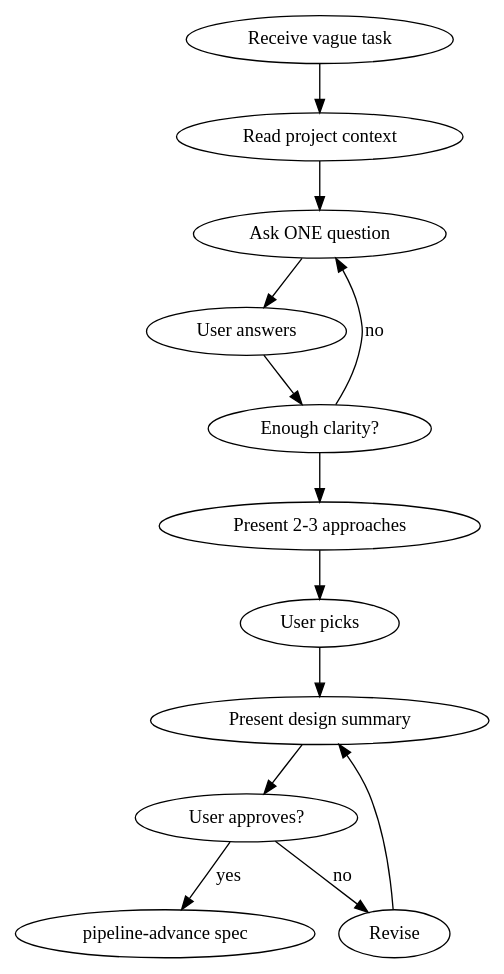
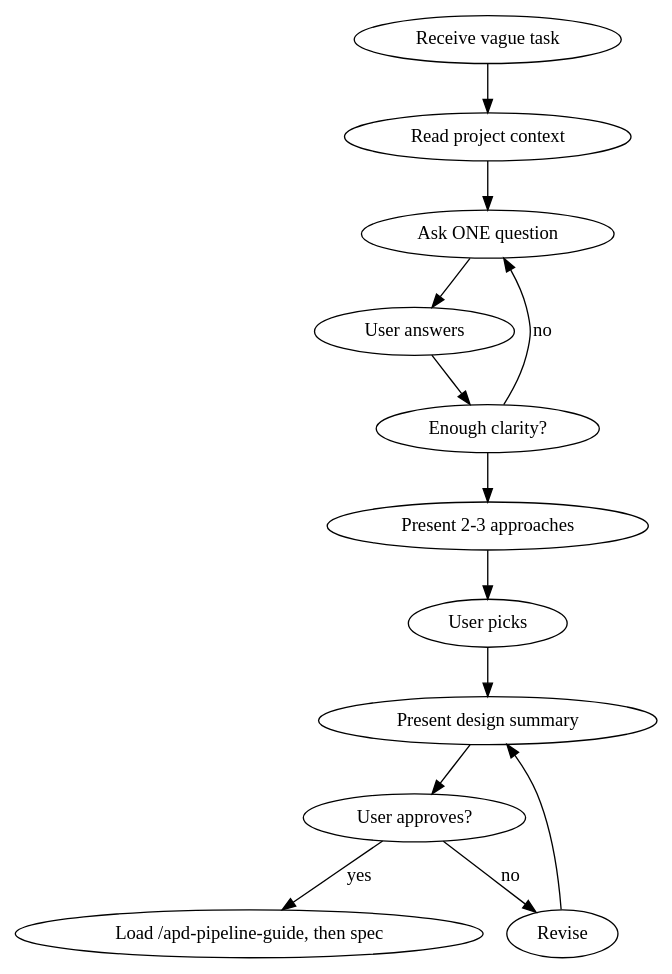
One commit to zstevovich/claude-apd changed the diagram in skills/apd-brainstorm/SKILL.md. Above: the diagram before and after it, drawn with Graphviz. The commit also changed other lines of this file and 24 other files, not shown here.

First line of the commit message:
feat(pipeline): v6.15.0 — apd-pipeline-guide split + unconditional guide-marker gate

````diff
--- a/skills/apd-brainstorm/SKILL.md
+++ b/skills/apd-brainstorm/SKILL.md
@@ -51,16 +39,16 @@
 ```dot
 digraph brainstorm {
     "Receive vague task" -> "Read project context";
     "Read project context" -> "Ask ONE question";
     "Ask ONE question" -> "User answers";
     "User answers" -> "Enough clarity?" [shape=diamond];
     "Enough clarity?" -> "Ask ONE question" [label="no"];
     "Enough clarity?" -> "Present 2-3 approaches";
     "Present 2-3 approaches" -> "User picks";
     "User picks" -> "Present design summary";
     "Present design summary" -> "User approves?" [shape=diamond];
     "User approves?" -> "Revise" [label="no"];
     "Revise" -> "Present design summary";
-    "User approves?" -> "pipeline-advance spec" [label="yes"];
+    "User approves?" -> "Load /apd-pipeline-guide, then spec" [label="yes"];
 }
 ```
````
